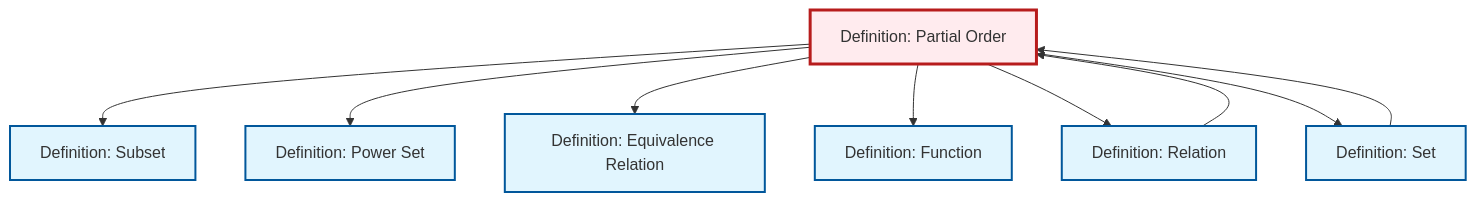
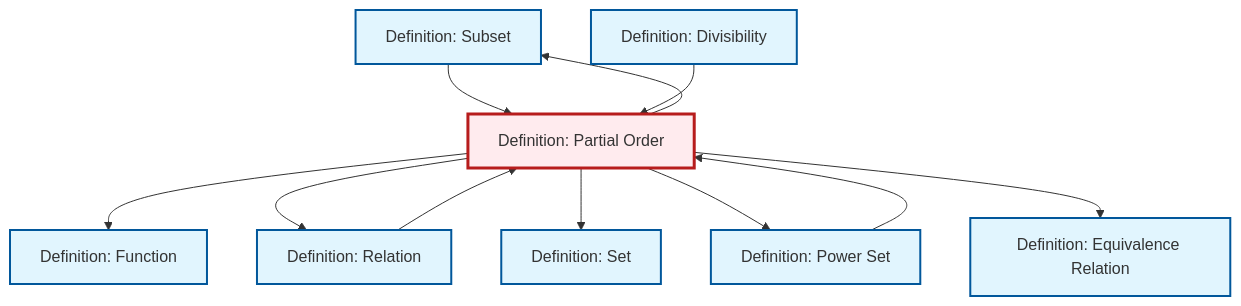
One commit to RK0429/ModernMath changed the diagram in content/en/logic-set-theory/def-partial-order.qmd. Above: the diagram before and after it, drawn with Mermaid. The commit also changed 581 other files, not shown here.

````diff
--- a/content/en/logic-set-theory/def-partial-order.qmd
+++ b/content/en/logic-set-theory/def-partial-order.qmd
@@ -156,31 +156,35 @@
 ```{mermaid}
 %%| fig-cap: "Local dependency graph"
 graph TD
     classDef definition fill:#e1f5fe,stroke:#01579b,stroke-width:2px
     classDef theorem fill:#f3e5f5,stroke:#4a148c,stroke-width:2px
     classDef axiom fill:#fff3e0,stroke:#e65100,stroke-width:2px
     classDef example fill:#e8f5e9,stroke:#1b5e20,stroke-width:2px
     classDef current fill:#ffebee,stroke:#b71c1c,stroke-width:3px
+    def-function["Definition: Function"]:::definition
+    def-subset["Definition: Subset"]:::definition
+    def-divisibility["Definition: Divisibility"]:::definition
+    def-equivalence-relation["Definition: Equivalence Relation"]:::definition
     def-partial-order["Definition: Partial Order"]:::definition
+    def-power-set["Definition: Power Set"]:::definition
     def-relation["Definition: Relation"]:::definition
     def-set["Definition: Set"]:::definition
-    def-subset["Definition: Subset"]:::definition
-    def-power-set["Definition: Power Set"]:::definition
-    def-equivalence-relation["Definition: Equivalence Relation"]:::definition
-    def-function["Definition: Function"]:::definition
+    def-partial-order --> def-function
+    def-partial-order --> def-relation
     def-relation --> def-partial-order
-    def-set --> def-partial-order
+    def-subset --> def-partial-order
     def-partial-order --> def-subset
+    def-divisibility --> def-partial-order
+    def-power-set --> def-partial-order
+    def-partial-order --> def-set
     def-partial-order --> def-power-set
     def-partial-order --> def-equivalence-relation
-    def-partial-order --> def-function
-    def-partial-order --> def-relation
-    def-partial-order --> def-set
     class def-partial-order current
+    click def-function "def-function.html" "Go to Function definition"
+    click def-subset "def-subset.html" "Go to Subset definition"
+    click def-divisibility "def-divisibility.html" "Go to Divisibility definition"
+    click def-equivalence-relation "def-equivalence-relation.html" "Go to Equivalence Relation definition"
+    click def-power-set "def-power-set.html" "Go to Power Set definition"
     click def-relation "def-relation.html" "Go to Relation definition"
     click def-set "def-set.html" "Go to Set definition"
-    click def-subset "def-subset.html" "Go to Subset definition"
-    click def-power-set "def-power-set.html" "Go to Power Set definition"
-    click def-equivalence-relation "def-equivalence-relation.html" "Go to Equivalence Relation definition"
-    click def-function "def-function.html" "Go to Function definition"
 ```
````
